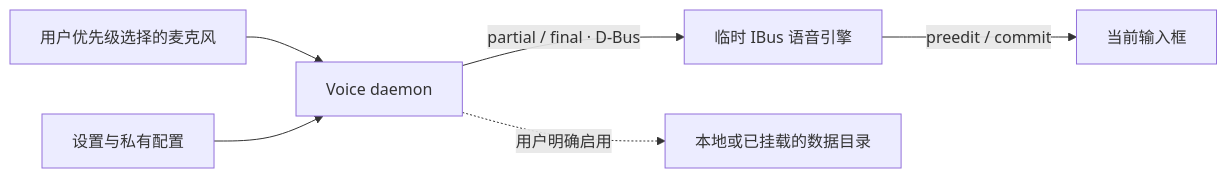
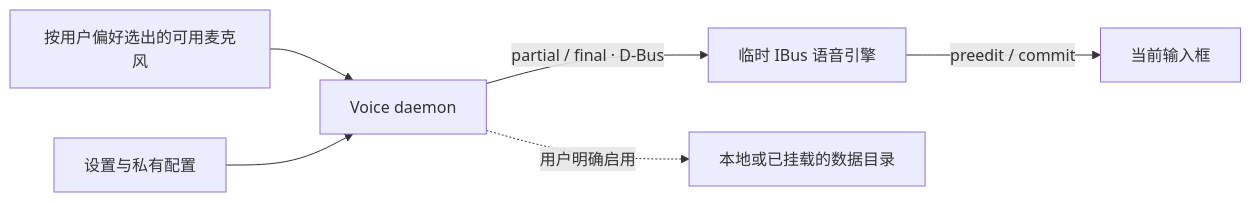
Before and after one commit to SidUParis/openVoiceInput_linux: the diagram in README.md, drawn with Mermaid. The commit also changed other lines of this file and 24 other files, not shown here.

````diff
--- a/README.md
+++ b/README.md
@@ -153,8 +174,8 @@
 ```mermaid
 flowchart LR
-    M["用户优先级选择的麦克风"] --> V["Voice daemon"]
+    M["按用户偏好选出的可用麦克风"] --> V["Voice daemon"]
     S["设置与私有配置"] --> V
     V -->|"partial / final · D-Bus"| E["临时 IBus 语音引擎"]
     E -->|"preedit / commit"| F["当前输入框"]
     V -.->|"用户明确启用"| D["本地或已挂载的数据目录"]
 ```
````
